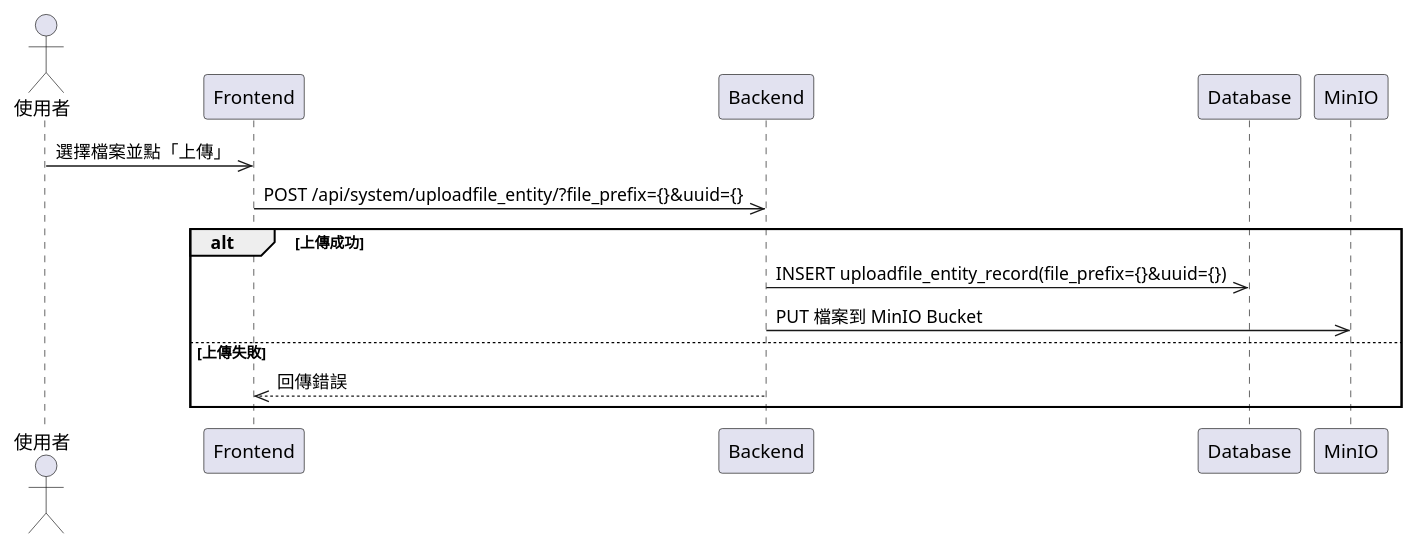
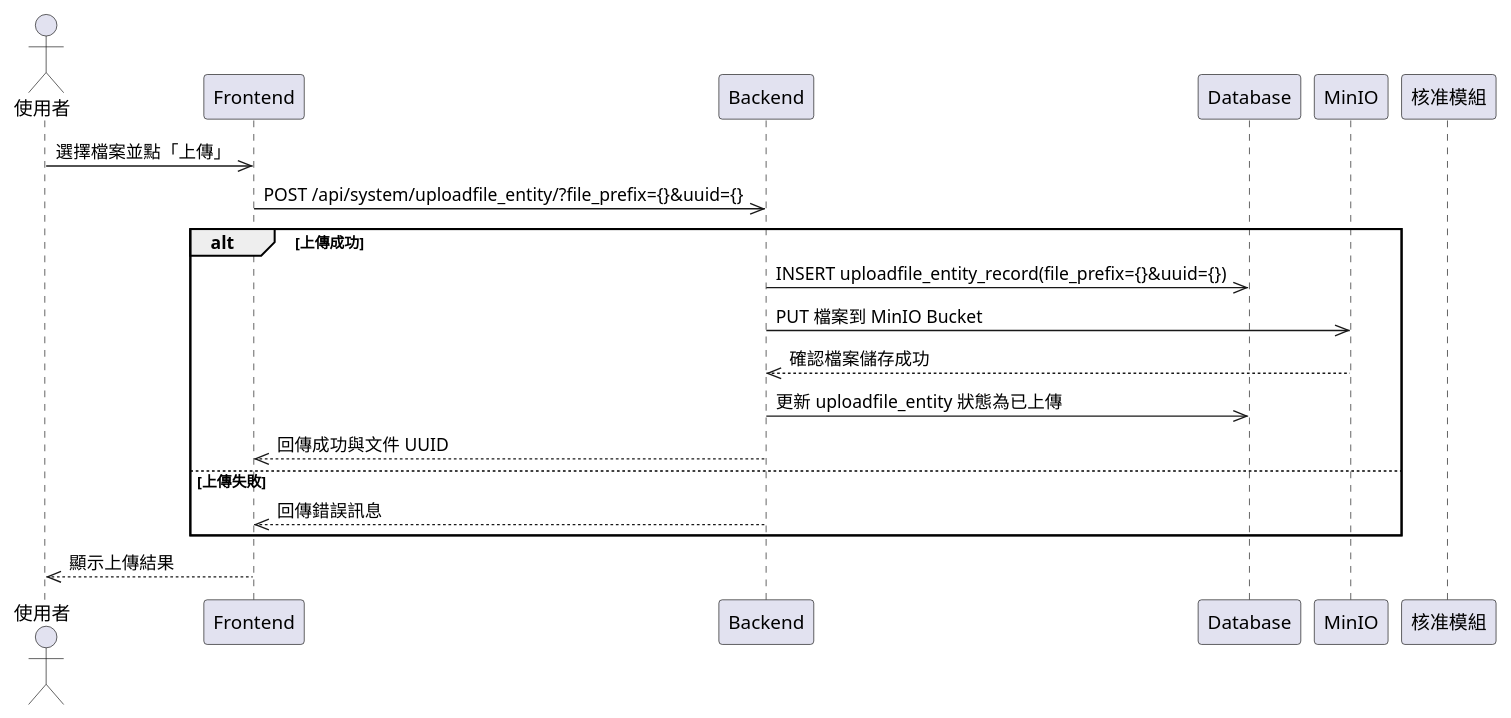
The diagram in plantUML/sequence/file_upload.puml (walle45611/NTUB_SecuManag_Diagram), drawn with PlantUML before and after one commit. The commit also changed 4 other files, not shown here.

Commit message:
feat: 更新分析類別圖，調整屬性類型及新增風險設定類別，擴充系統流程圖以包含AI評估及文件摘要功能

```diff
--- a/plantUML/sequence/file_upload.puml
+++ b/plantUML/sequence/file_upload.puml
@@ -1,16 +1,23 @@
 @startuml
 actor User as "使用者"
 participant Frontend
 participant Backend
 participant Database
 participant MinIO
+participant Approval as "核准模組"
 
-User->>Frontend: 選擇檔案並點「上傳」
-Frontend->>Backend: POST /api/system/uploadfile_entity/?file_prefix={}&uuid={}
+User ->> Frontend: 選擇檔案並點「上傳」
+Frontend ->> Backend: POST /api/system/uploadfile_entity/?file_prefix={}&uuid={}
+
 alt 上傳成功
-    Backend->>Database: INSERT uploadfile_entity_record(file_prefix={}&uuid={})
-    Backend->>MinIO: PUT 檔案到 MinIO Bucket
+    Backend ->> Database: INSERT uploadfile_entity_record(file_prefix={}&uuid={})
+    Backend ->> MinIO: PUT 檔案到 MinIO Bucket
+    MinIO -->> Backend: 確認檔案儲存成功
+    Backend ->> Database: 更新 uploadfile_entity 狀態為已上傳
+    Backend -->> Frontend: 回傳成功與文件 UUID
 else 上傳失敗
-    Backend-->>Frontend: 回傳錯誤
+    Backend -->> Frontend: 回傳錯誤訊息
 end
+
+Frontend -->> User: 顯示上傳結果
 @enduml
```
